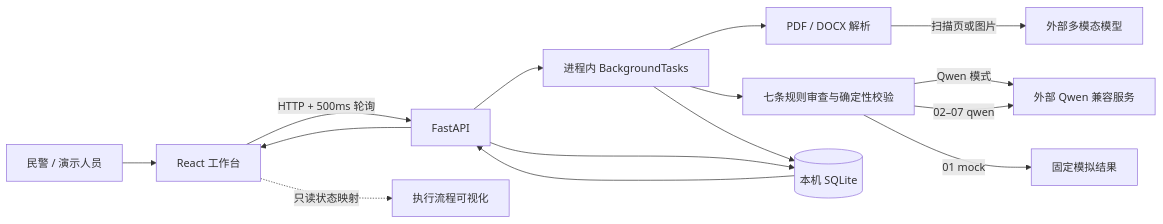
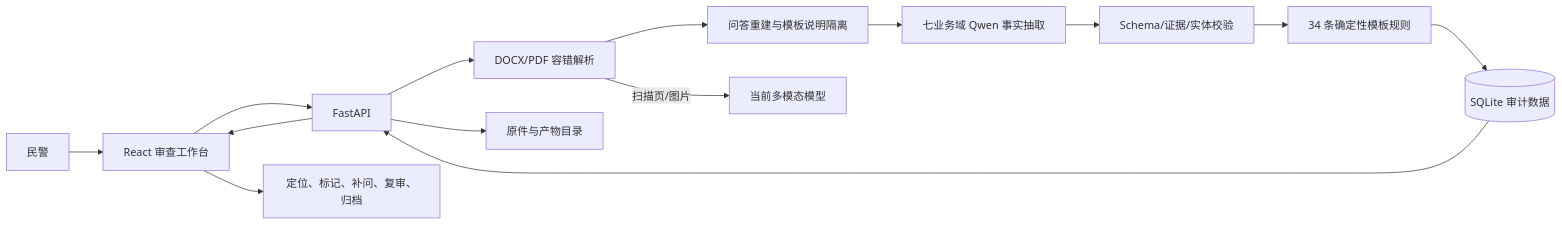
One commit to liaoyuan775/bilu-review-assistant changed the diagram in docs/project-technical-guide.md. Above: the diagram before and after it, drawn with Mermaid. The commit also changed other lines of this file and 74 other files, not shown here.

````diff
--- a/docs/project-technical-guide.md
+++ b/docs/project-technical-guide.md
@@ -54,16 +19,15 @@
 ```mermaid
 flowchart LR
-    U["民警 / 演示人员"] --> FE["React 工作台"]
-    FE -->|"HTTP + 500ms 轮询"| API["FastAPI"]
-    API --> BG["进程内 BackgroundTasks"]
-    BG --> PARSER["PDF / DOCX 解析"]
-    PARSER -->|"扫描页或图片"| VISION["外部多模态模型"]
-    BG --> REVIEW["七条规则审查与确定性校验"]
-    REVIEW -->|"Qwen 模式"| MODEL["外部 Qwen 兼容服务"]
-    REVIEW -->|"01 mock"| LOCAL["固定模拟结果"]
-    REVIEW -->|"02–07 qwen"| MODEL
-    BG --> STORE[("本机 SQLite")]
-    API --> STORE
+    U["民警"] --> FE["React 审查工作台"]
+    FE --> API["FastAPI"]
+    API --> PARSER["DOCX/PDF 容错解析"]
+    PARSER --> QA["问答重建与模板说明隔离"]
+    PARSER -->|"扫描页/图片"| VISION["当前多模态模型"]
+    QA --> EXTRACT["七业务域 Qwen 事实抽取"]
+    EXTRACT --> VALIDATE["Schema/证据/实体校验"]
+    VALIDATE --> RULES["34 条确定性模板规则"]
+    RULES --> STORE[("SQLite 审计数据")]
+    API --> FILES["原件与产物目录"]
     STORE --> API --> FE
-    FE -. "只读状态映射" .-> FLOW["执行流程可视化"]
+    FE --> ACTION["定位、标记、补问、复审、归档"]
 ```
````
